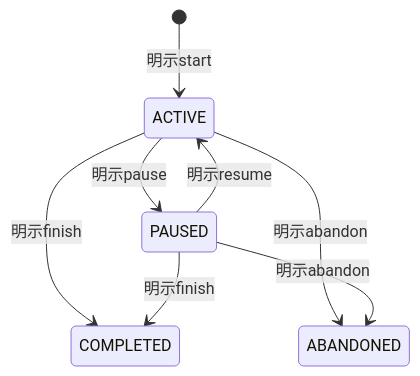
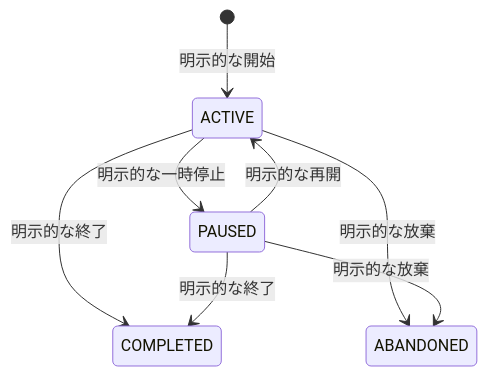
Before and after one commit to mgmaru/algo-loom: the second of 3 diagrams in spec/features.md, drawn with Mermaid. The commit also changed other lines of this file and 5 other files, not shown here.

````diff
--- a/spec/features.md
+++ b/spec/features.md
@@ -296,10 +297,10 @@
 ```mermaid
 stateDiagram-v2
-    [*] --> ACTIVE: 明示start
-    ACTIVE --> PAUSED: 明示pause
-    PAUSED --> ACTIVE: 明示resume
-    ACTIVE --> COMPLETED: 明示finish
-    PAUSED --> COMPLETED: 明示finish
-    ACTIVE --> ABANDONED: 明示abandon
-    PAUSED --> ABANDONED: 明示abandon
+    [*] --> ACTIVE: 明示的な開始
+    ACTIVE --> PAUSED: 明示的な一時停止
+    PAUSED --> ACTIVE: 明示的な再開
+    ACTIVE --> COMPLETED: 明示的な終了
+    PAUSED --> COMPLETED: 明示的な終了
+    ACTIVE --> ABANDONED: 明示的な放棄
+    PAUSED --> ABANDONED: 明示的な放棄
 ```
````
